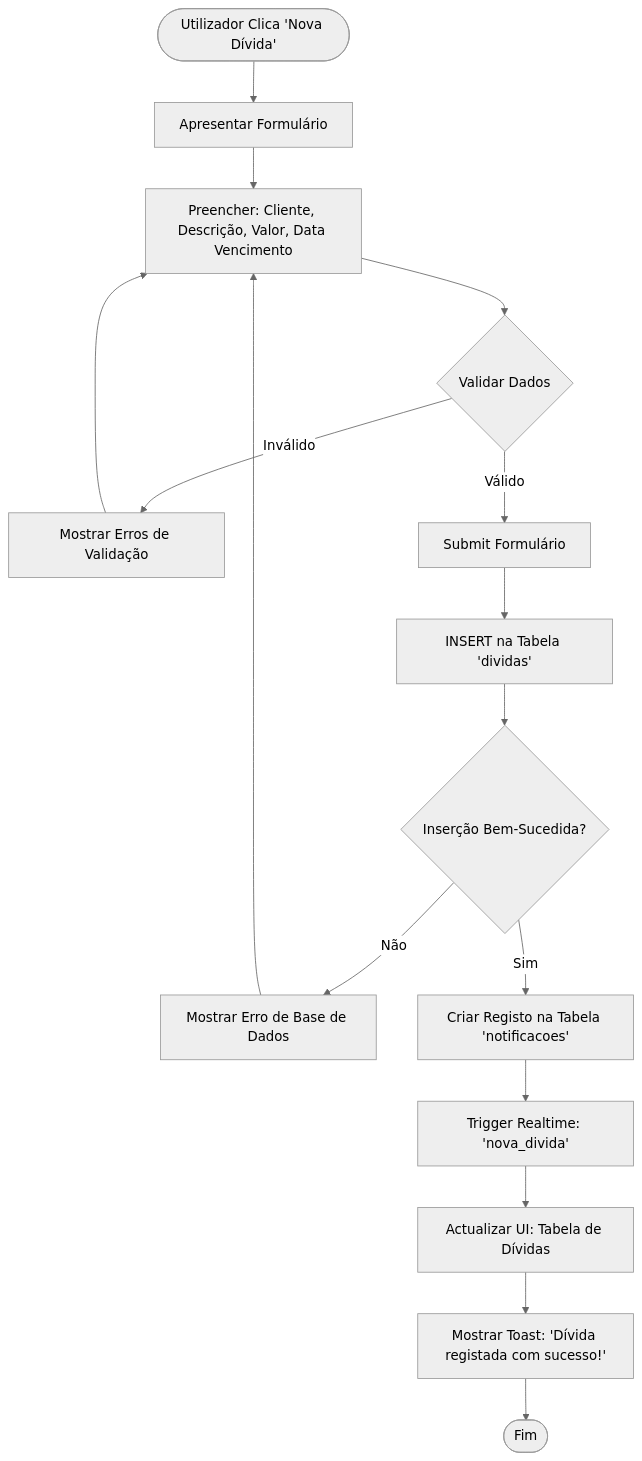
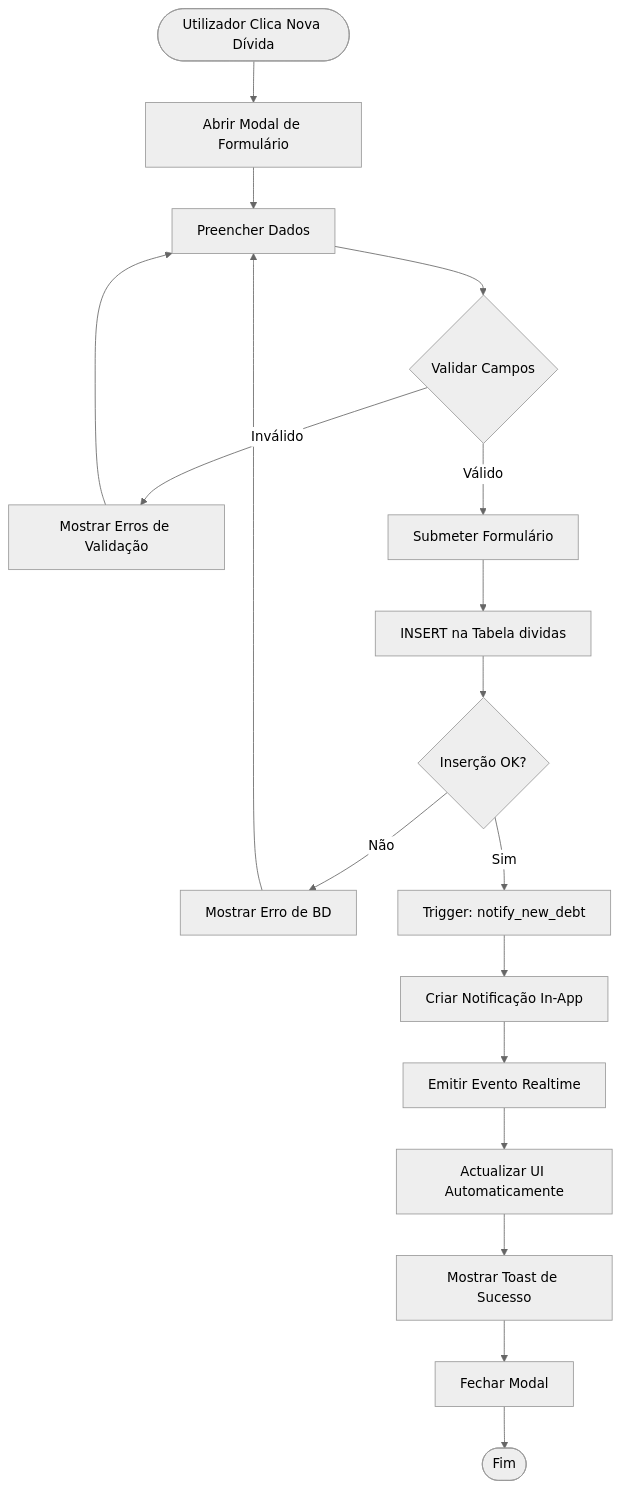
Before and after one commit to Nilton-Ramim-Pita/ncangaza-debt-watch: the third of 10 diagrams in DOCUMENTACAO_TECNICA_COMPLETA.md, drawn with Mermaid (neutral theme). The commit also changed other lines of this file, not shown here.

````diff
--- a/DOCUMENTACAO_TECNICA_COMPLETA.md
+++ b/DOCUMENTACAO_TECNICA_COMPLETA.md
@@ -990,18 +313,24 @@
 ```mermaid
 flowchart TD
-    Start([Utilizador Clica 'Nova Dívida']) --> Form[Apresentar Formulário]
-    Form --> Fill[Preencher: Cliente, Descrição, Valor, Data Vencimento]
-    Fill --> ValidateForm{Validar Dados}
-    ValidateForm -->|Inválido| ShowError[Mostrar Erros de Validação]
-    ShowError --> Fill
-    ValidateForm -->|Válido| Submit[Submit Formulário]
-    Submit --> InsertDB[INSERT na Tabela 'dividas']
-    InsertDB --> CheckInsert{Inserção Bem-Sucedida?}
-    CheckInsert -->|Não| ErrorDB[Mostrar Erro de Base de Dados]
-    ErrorDB --> Fill
-    CheckInsert -->|Sim| CreateNotif[Criar Registo na Tabela 'notificacoes']
-    CreateNotif --> TriggerRealtime[Trigger Realtime: 'nova_divida']
-    TriggerRealtime --> UpdateUI[Actualizar UI: Tabela de Dívidas]
-    UpdateUI --> Toast[Mostrar Toast: 'Dívida registada com sucesso!']
-    Toast --> End([Fim])
+    A([Utilizador Clica Nova Dívida]) --> B[Abrir Modal de Formulário]
+    B --> C[Preencher Dados]
+    C --> D{Validar Campos}
+    
+    D -->|Inválido| E[Mostrar Erros de Validação]
+    E --> C
+    
+    D -->|Válido| F[Submeter Formulário]
+    F --> G[INSERT na Tabela dividas]
+    G --> H{Inserção OK?}
+    
+    H -->|Não| I[Mostrar Erro de BD]
+    I --> C
+    
+    H -->|Sim| J[Trigger: notify_new_debt]
+    J --> K[Criar Notificação In-App]
+    K --> L[Emitir Evento Realtime]
+    L --> M[Actualizar UI Automaticamente]
+    M --> N[Mostrar Toast de Sucesso]
+    N --> O[Fechar Modal]
+    O --> P([Fim])
 ```
````
